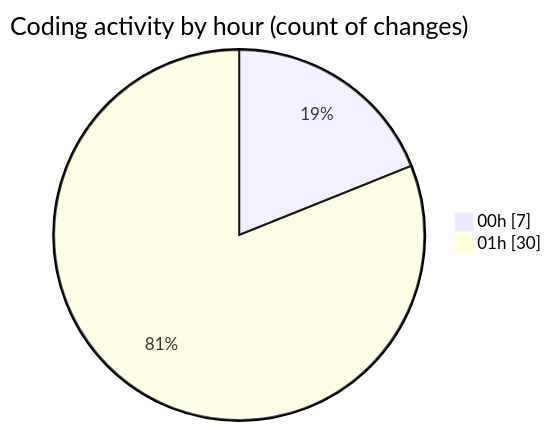
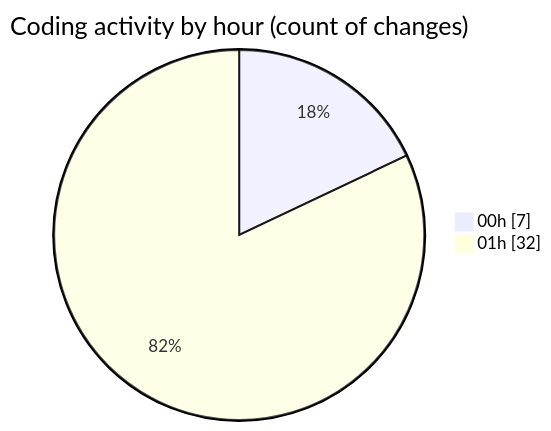
Before and after one commit to charlie-sans/code-tracking: the second of 2 diagrams in 2025-02-23/micros/README.md, drawn with Mermaid. The commit also changed other lines of this file and 1 other file, not shown here.

````diff
--- a/2025-02-23/micros/README.md
+++ b/2025-02-23/micros/README.md
@@ -35,6 +35,6 @@
 ```mermaid
 pie showData
 title Coding activity by hour (count of changes)
 "00h" : 7
-"01h" : 30
+"01h" : 32
 ```
````
